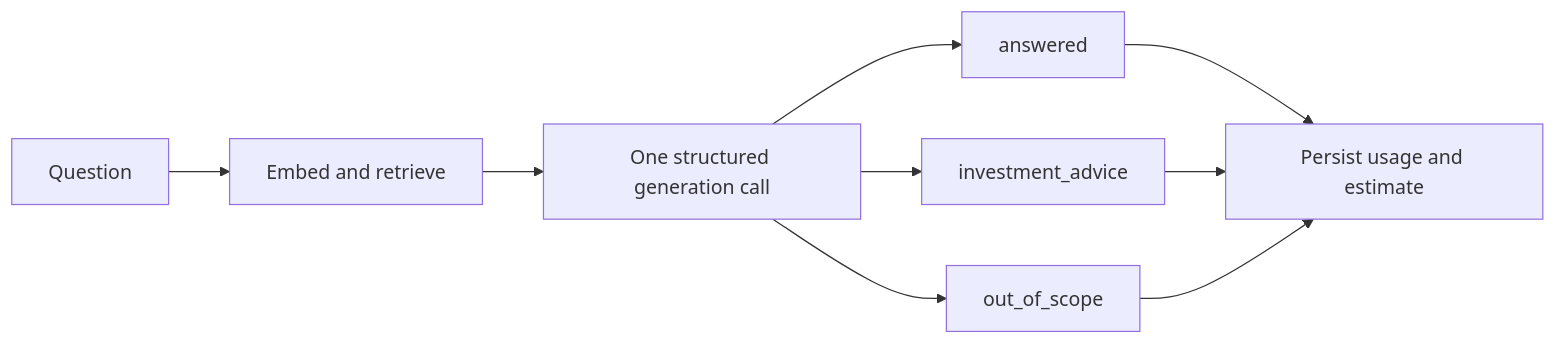
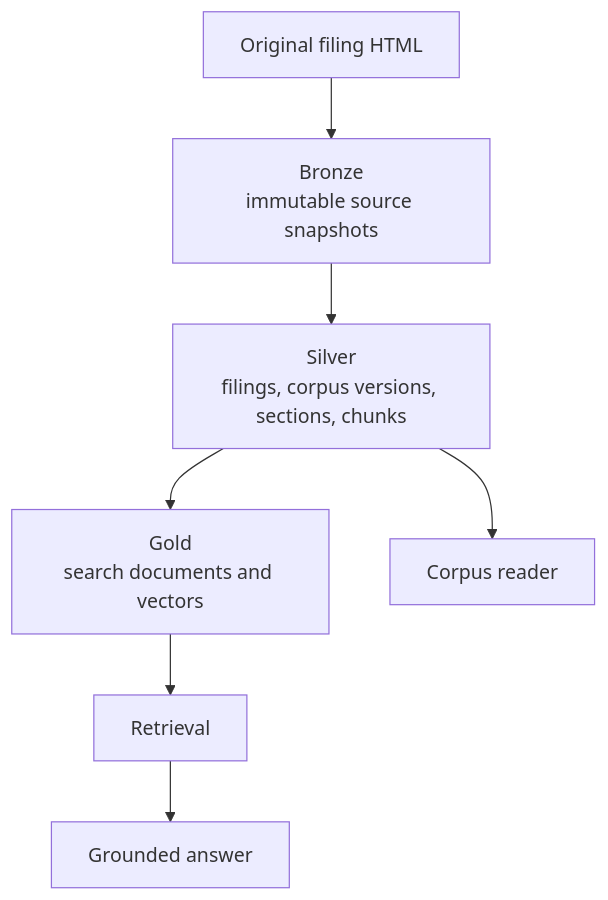
One commit to hongchit/sec-filing-rag-poc changed the third of 4 diagrams in docs/architecture.md. Above: the diagram before and after it, drawn with Mermaid. The commit also changed other lines of this file and 38 other files, not shown here.

````diff
--- a/docs/architecture.md
+++ b/docs/architecture.md
@@ -13,10 +64,9 @@
 ```mermaid
-flowchart LR
-  Q[Question] --> R[Embed and retrieve] --> G[One structured generation call]
-  G --> A[answered]
-  G --> I[investment_advice]
-  G --> O[out_of_scope]
-  A --> P[Persist usage and estimate]
-  I --> P
-  O --> P
+flowchart TD
+  SEC[Original filing HTML] --> B[Bronze<br/>immutable source snapshots]
+  B --> S[Silver<br/>filings, corpus versions, sections, chunks]
+  S --> G[Gold<br/>search documents and vectors]
+  G --> R[Retrieval]
+  S --> C[Corpus reader]
+  R --> A[Grounded answer]
 ```
````
